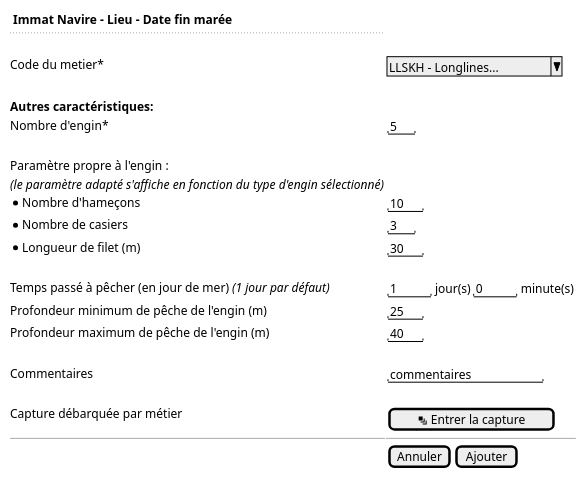
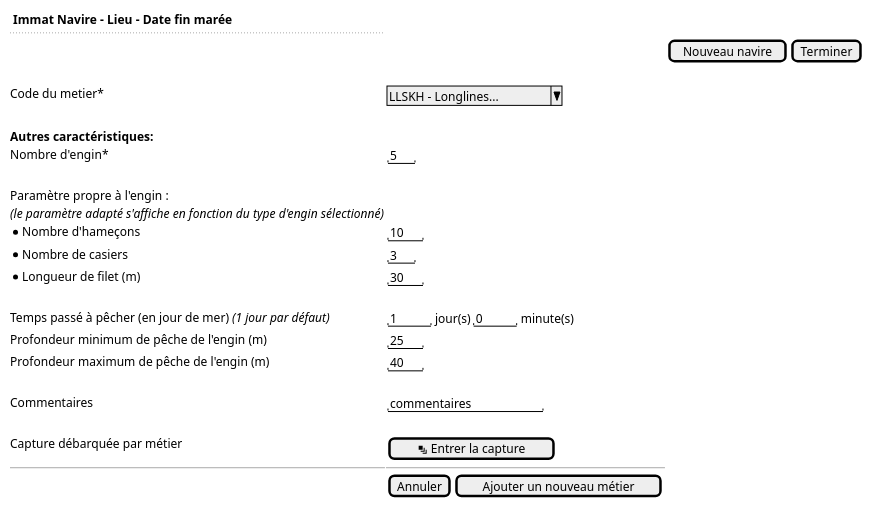
One commit to sumaris-net/sumaris-doc changed the diagram in use-case/collect/trip/landing-ui-effort-tablet.puml. Above: the diagram before and after it, drawn with PlantUML. The commit also changed 20 other files, not shown here.

```diff
--- a/use-case/collect/trip/landing-ui-effort-tablet.puml
+++ b/use-case/collect/trip/landing-ui-effort-tablet.puml
@@ -1,29 +1,30 @@
 @startsalt
 {
   <b> Immat Navire - Lieu - Date fin marée
   ..
+  . | . | {[Nouveau navire] | [Terminer]}
   .
   Code du metier*    | { ^LLSKH - Longlines...^ }
   .
   <b>Autres caractéristiques:
   Nombre d'engin*     | { " 5 " }
   .
   Paramètre propre à l'engin :
   <i>(le paramètre adapté s'affiche en fonction du type d'engin sélectionné)
     * Nombre d'hameçons      | { " 10 " }
     * Nombre de casiers      | { " 3 " }
     * Longueur de filet (m)  | { " 30 " }
   .
   Temps passé à pêcher (en jour de mer) <i>(1 jour par défaut)  | { "  1  " | jour(s) | "  0  " | minute(s) }
   Profondeur minimum de pêche de l'engin (m)  | { " 25 " }
   Profondeur maximum de pêche de l'engin (m)  | { " 40 " }
   .
   Commentaires              | { "commentaires       "}
   .
   Capture débarquée par métier |  |  {[<&layers> Entrer la capture]}
 
   -- | --
 
-  . | {[Annuler] | [Ajouter]}
+  . | {[Annuler] | [Ajouter un nouveau métier]}
 }
 @endsalt
```
